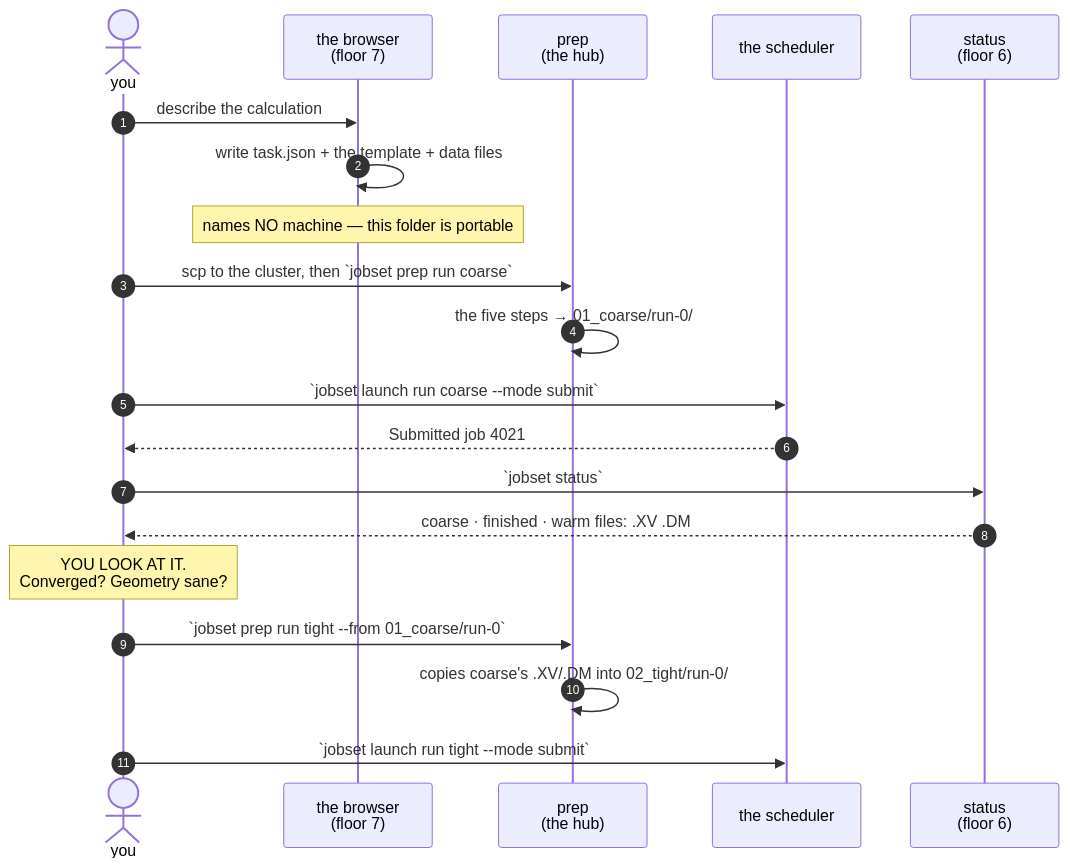
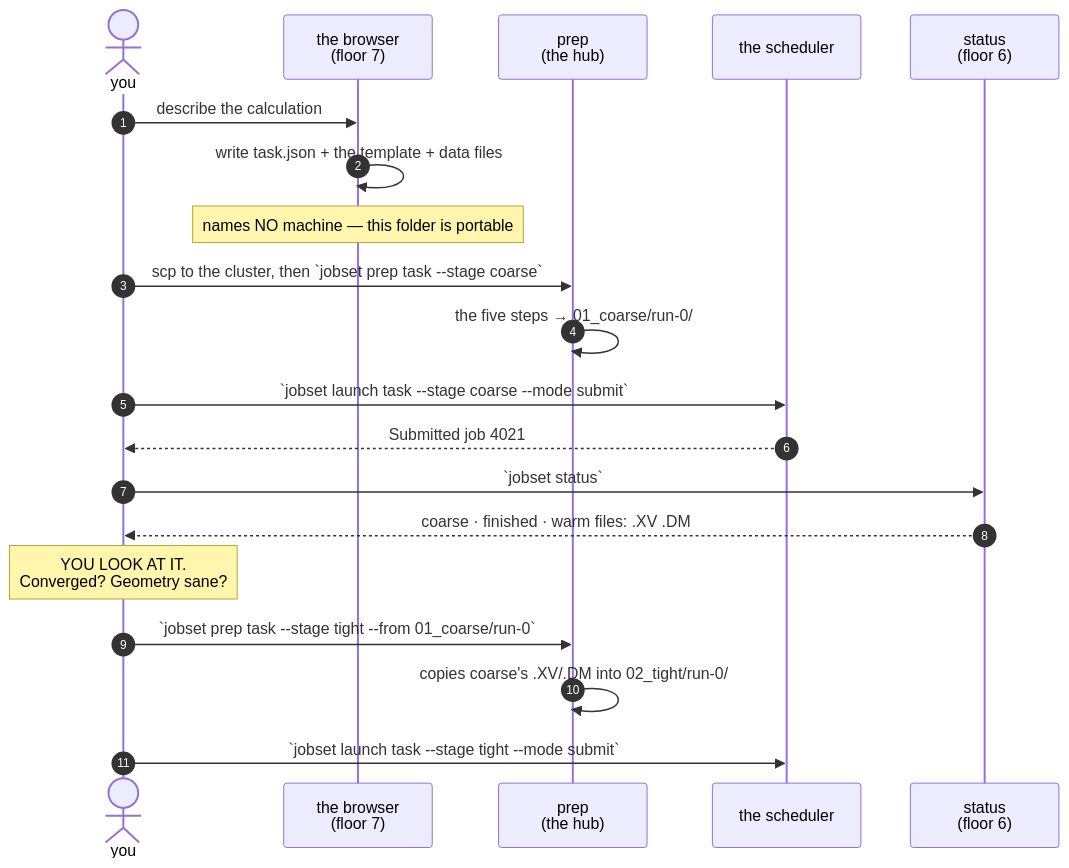
One commit to Qing-LAB/molbuilder changed the seventh of 10 diagrams in docs/execution/architecture.md. Above: the diagram before and after it, drawn with Mermaid. The commit also changed other lines of this file and 30 other files, not shown here.

````diff
--- a/docs/execution/architecture.md
+++ b/docs/execution/architecture.md
@@ -861,23 +861,23 @@
 ```mermaid
 sequenceDiagram
     autonumber
     actor U as you
     participant B as the browser<br/>(floor 7)
     participant P as prep<br/>(the hub)
     participant S as the scheduler
     participant O as status<br/>(floor 6)
 
     U->>B: describe the calculation
     B->>B: write task.json + the template + data files
     Note over B: names NO machine — this folder is portable
-    U->>P: scp to the cluster, then `jobset prep run coarse`
+    U->>P: scp to the cluster, then `jobset prep task --stage coarse`
     P->>P: the five steps → 01_coarse/run-0/
-    U->>S: `jobset launch run coarse --mode submit`
+    U->>S: `jobset launch task --stage coarse --mode submit`
     S-->>U: Submitted job 4021
     U->>O: `jobset status`
     O-->>U: coarse · finished · warm files: .XV .DM
     Note over U: YOU LOOK AT IT.<br/>Converged? Geometry sane?
-    U->>P: `jobset prep run tight --from 01_coarse/run-0`
+    U->>P: `jobset prep task --stage tight --from 01_coarse/run-0`
     P->>P: copies coarse's .XV/.DM into 02_tight/run-0/
-    U->>S: `jobset launch run tight --mode submit`
+    U->>S: `jobset launch task --stage tight --mode submit`
 ```
````
